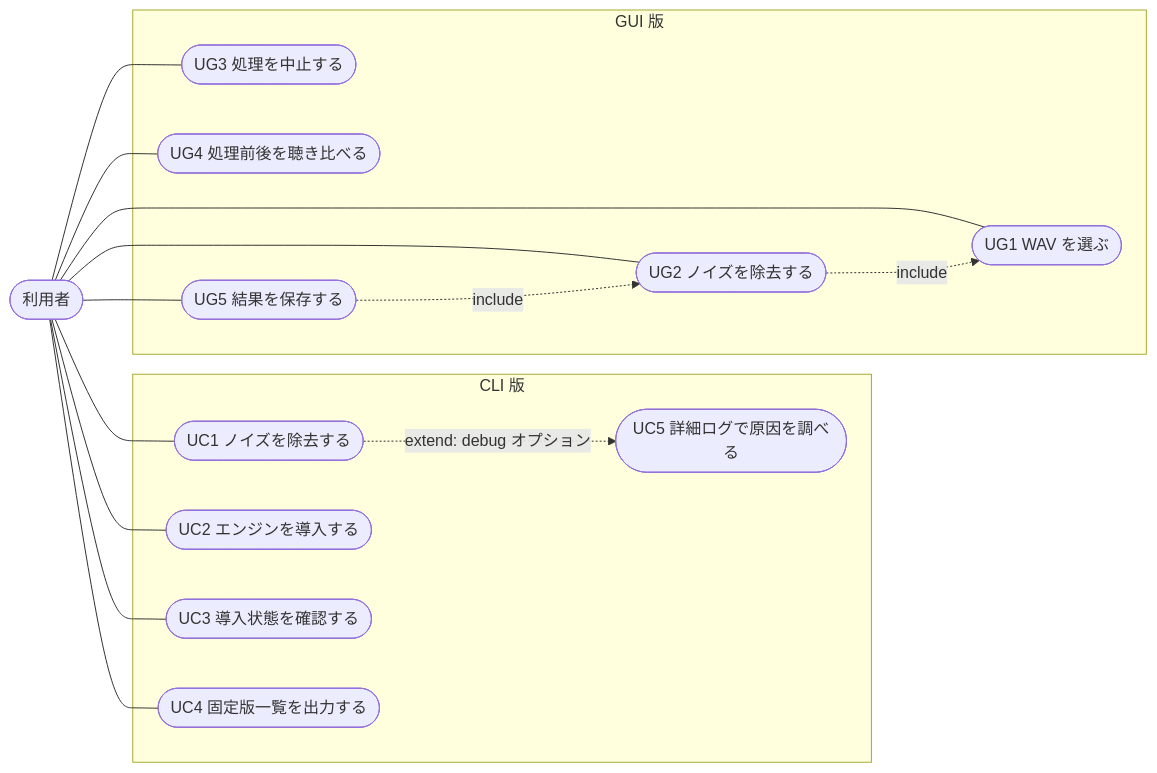
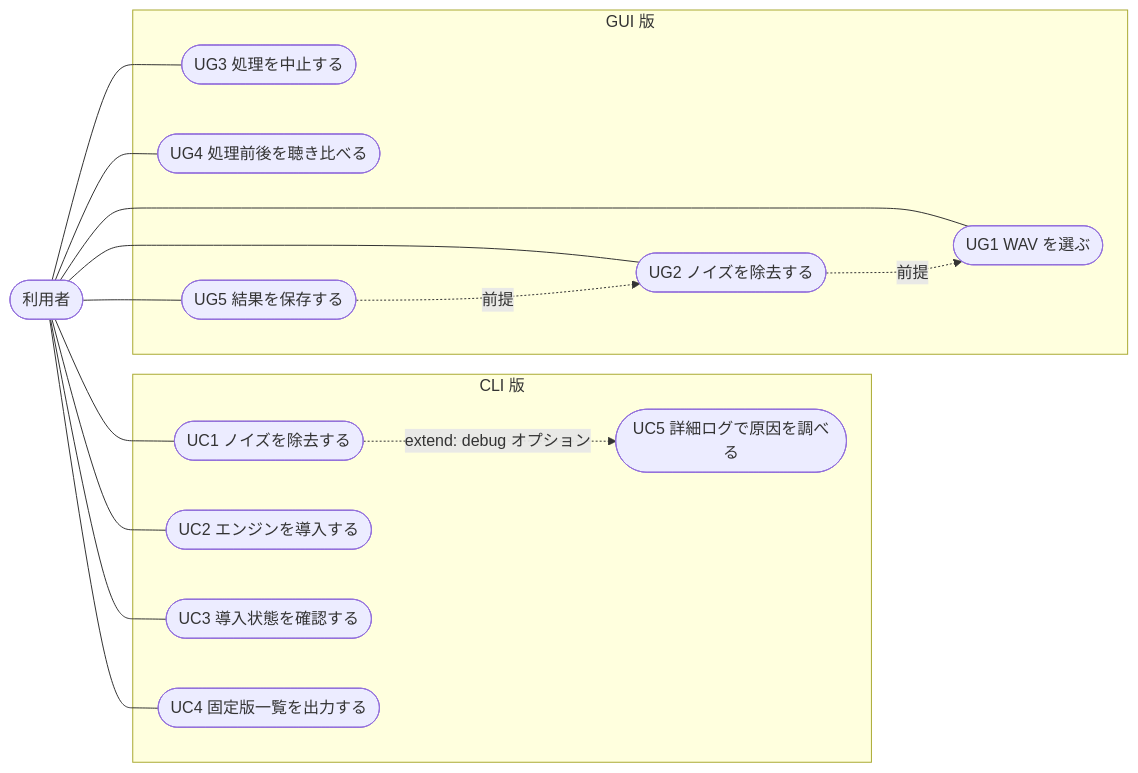
Before and after one commit to bit2zero/DeepFilterTool: the second of 17 diagrams in docs/SPECIFICATION.md, drawn with Mermaid. The commit also changed other lines of this file, not shown here.

````diff
--- a/docs/SPECIFICATION.md
+++ b/docs/SPECIFICATION.md
@@ -105,26 +101,26 @@
 ```mermaid
 flowchart LR
     user(["利用者"])
 
     subgraph cli["CLI 版"]
         uc1(["UC1 ノイズを除去する"])
         uc2(["UC2 エンジンを導入する"])
         uc3(["UC3 導入状態を確認する"])
         uc4(["UC4 固定版一覧を出力する"])
         uc5(["UC5 詳細ログで原因を調べる"])
     end
 
     subgraph gui["GUI 版"]
         ug1(["UG1 WAV を選ぶ"])
         ug2(["UG2 ノイズを除去する"])
         ug3(["UG3 処理を中止する"])
         ug4(["UG4 処理前後を聴き比べる"])
         ug5(["UG5 結果を保存する"])
     end
 
     user --- uc1 & uc2 & uc3 & uc4
     user --- ug1 & ug2 & ug3 & ug4 & ug5
     uc1 -.->|"extend: debug オプション"| uc5
-    ug2 -.->|include| ug1
-    ug5 -.->|include| ug2
+    ug2 -.->|前提| ug1
+    ug5 -.->|前提| ug2
 ```
````
